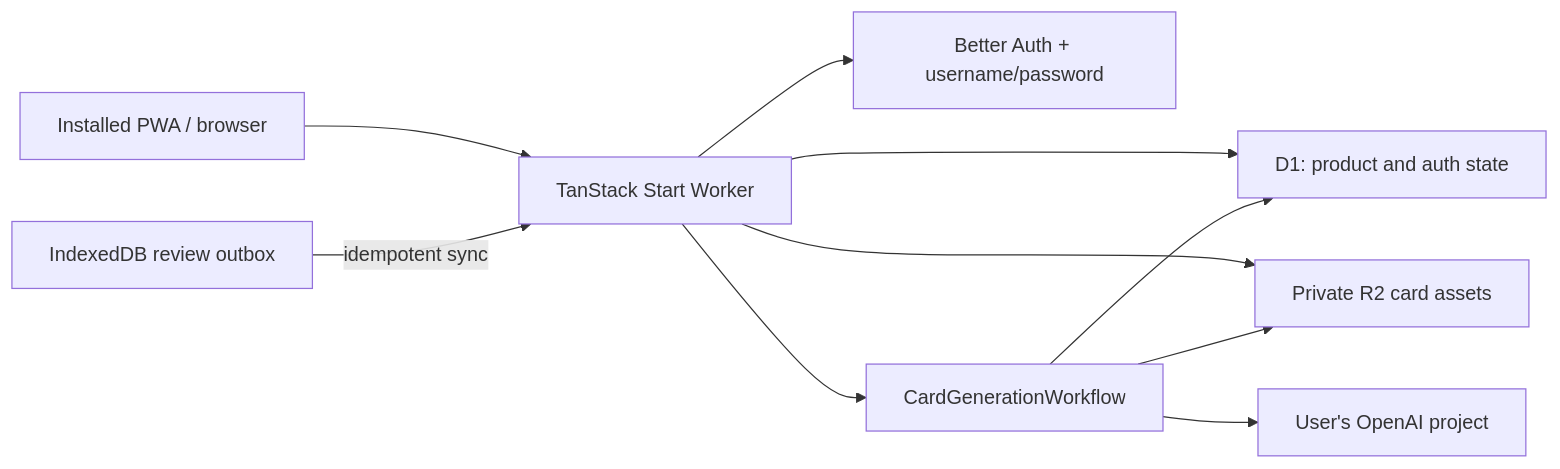
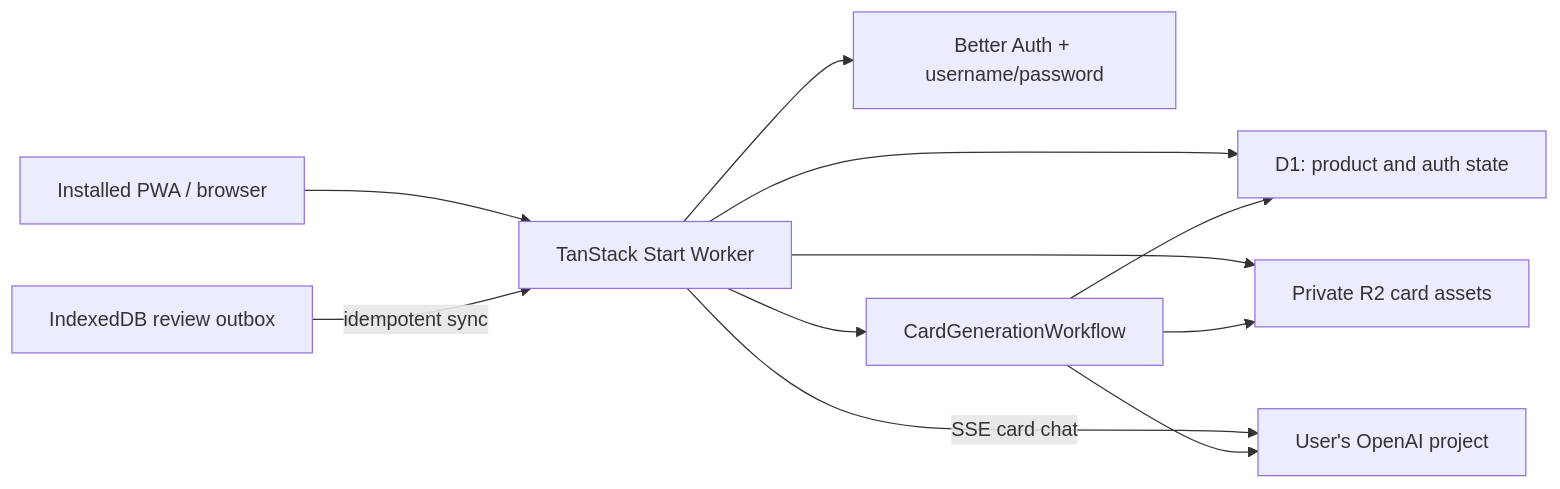
Before and after one commit to jamesmacfie/lorne: the first of 2 diagrams in ARCHITECTURE.md, drawn with Mermaid. The commit also changed other lines of this file and 85 other files, not shown here.

````diff
--- a/ARCHITECTURE.md
+++ b/ARCHITECTURE.md
@@ -5,12 +5,13 @@
 ```mermaid
 flowchart LR
   Browser["Installed PWA / browser"] --> Start["TanStack Start Worker"]
   Start --> Auth["Better Auth + username/password"]
   Start --> D1["D1: product and auth state"]
   Start --> R2["Private R2 card assets"]
   Start --> Workflow["CardGenerationWorkflow"]
+  Start -->|"SSE card chat"| OpenAI["User's OpenAI project"]
   Workflow --> OpenAI["User's OpenAI project"]
   Workflow --> D1
   Workflow --> R2
   Outbox["IndexedDB review outbox"] -->|"idempotent sync"| Start
 ```
````
